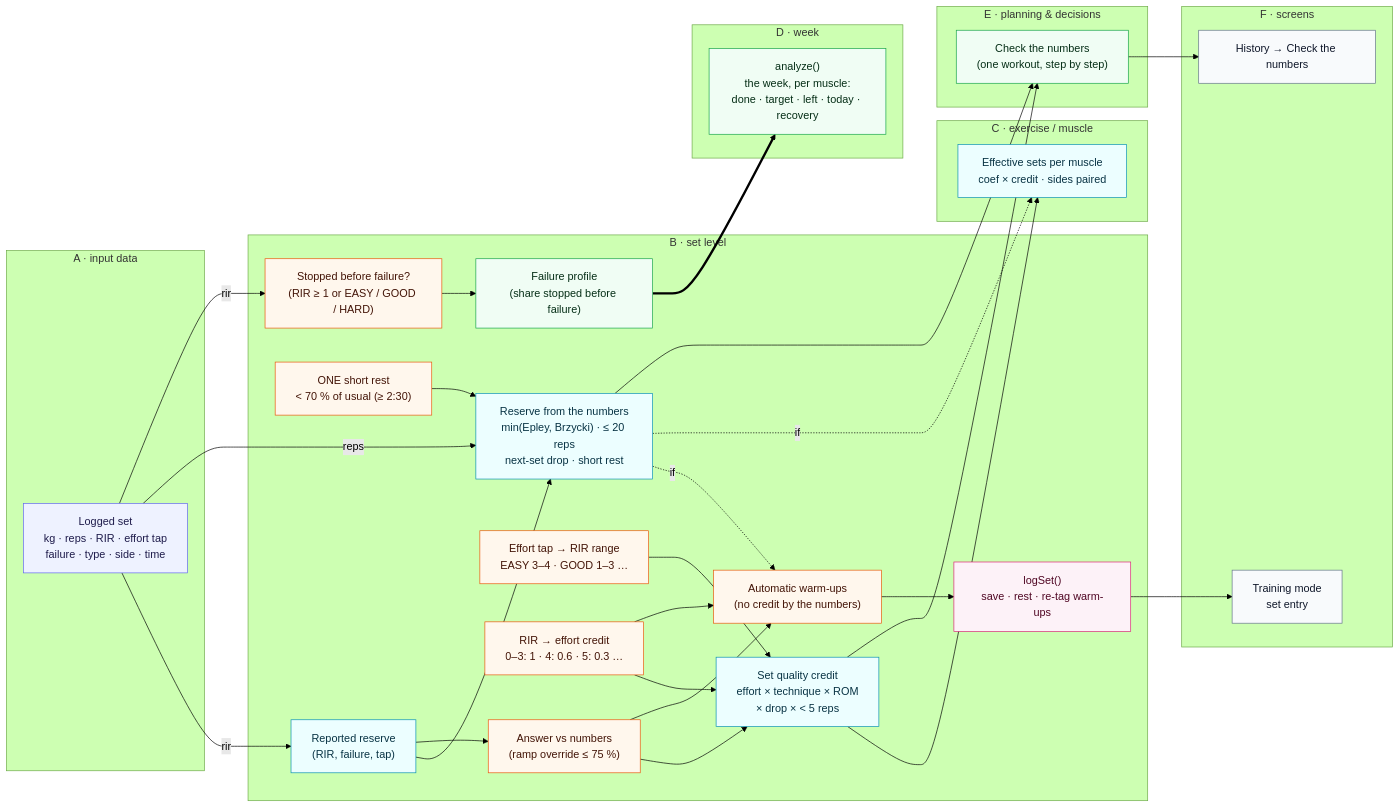
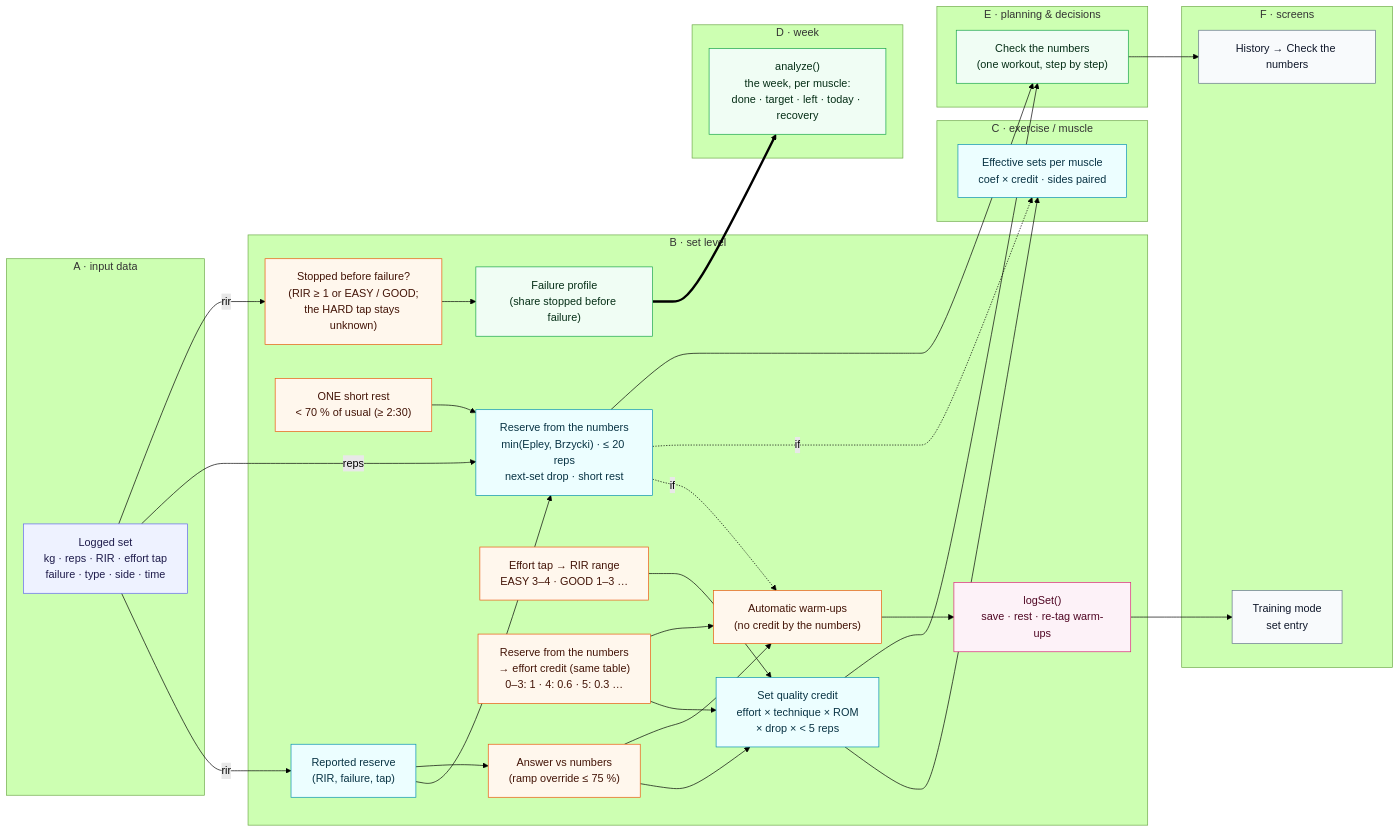
One commit to seniashinmaksim/gym-rat changed the second of 8 diagrams in docs/FORMULA_DEPENDENCY_MAP.md. Above: the diagram before and after it, drawn with Mermaid (forest theme). The commit also changed other lines of this file and 55 other files, not shown here.

````diff
--- a/docs/FORMULA_DEPENDENCY_MAP.md
+++ b/docs/FORMULA_DEPENDENCY_MAP.md
@@ -179,59 +181,59 @@
 ```mermaid
 flowchart LR
   subgraph A["A · input data"]
     in_set["Logged set<br/>kg · reps · RIR · effort tap<br/>failure · type · side · time"]:::input
   end
   subgraph B["B · set level"]
     reported["Reported reserve<br/>(RIR, failure, tap)"]:::formula
     objective["Reserve from the numbers<br/>min(Epley, Brzycki) · ≤ 20 reps<br/>next-set drop · short rest"]:::formula
     cross["Answer vs numbers<br/>(ramp override ≤ 75 %)"]:::rule
     shortrest["ONE short rest<br/>< 70 % of usual (≥ 2:30)"]:::rule
     rir_range["Effort tap → RIR range<br/>EASY 3–4 · GOOD 1–3 …"]:::rule
     assess["Set quality credit<br/>effort × technique × ROM<br/>× drop × < 5 reps"]:::formula
-    credit_rir["RIR → effort credit<br/>0–3: 1 · 4: 0.6 · 5: 0.3 …"]:::rule
+    credit_rir["Reserve from the numbers<br/>→ effort credit (same table)<br/>0–3: 1 · 4: 0.6 · 5: 0.3 …"]:::rule
     warmups["Automatic warm-ups<br/>(no credit by the numbers)"]:::rule
     logset["logSet()<br/>save · rest · re-tag warm-ups"]:::decision
-    stopped["Stopped before failure?<br/>(RIR ≥ 1 or EASY / GOOD / HARD)"]:::rule
+    stopped["Stopped before failure?<br/>(RIR ≥ 1 or EASY / GOOD;<br/>the HARD tap stays unknown)"]:::rule
     failure["Failure profile<br/>(share stopped before failure)"]:::aggregation
   end
   subgraph C["C · exercise / muscle"]
     volume["Effective sets per muscle<br/>coef × credit · sides paired"]:::formula
   end
   subgraph D["D · week"]
     analyze["analyze()<br/>the week, per muscle:<br/>done · target · left · today · recovery"]:::aggregation
   end
   subgraph E["E · planning & decisions"]
     wcheck["Check the numbers<br/>(one workout, step by step)"]:::aggregation
   end
   subgraph F["F · screens"]
     ui_sets["Training mode<br/>set entry"]:::ui
     ui_check["History → Check the numbers"]:::ui
   end
   in_set -->|rir| reported
   in_set -->|reps| objective
   reported --> objective
   reported --> cross
   shortrest --> objective
   rir_range --> assess
   cross --> assess
   credit_rir --> assess
   objective -.->|if| warmups
   cross --> warmups
   credit_rir --> warmups
   warmups --> logset
   objective -.->|if| volume
   assess --> volume
   assess --> wcheck
   objective --> wcheck
   logset --> ui_sets
   wcheck --> ui_check
   in_set -->|rir| stopped
   stopped --> failure
   failure ==> analyze
   classDef input fill:#eef2ff,stroke:#6366f1,color:#1e1b4b
   classDef formula fill:#ecfeff,stroke:#0891b2,color:#083344
   classDef rule fill:#fff7ed,stroke:#ea580c,color:#431407
   classDef aggregation fill:#f0fdf4,stroke:#16a34a,color:#052e16
   classDef decision fill:#fdf2f8,stroke:#db2777,color:#500724
   classDef ui fill:#f8fafc,stroke:#64748b,color:#0f172a
 ```
````
